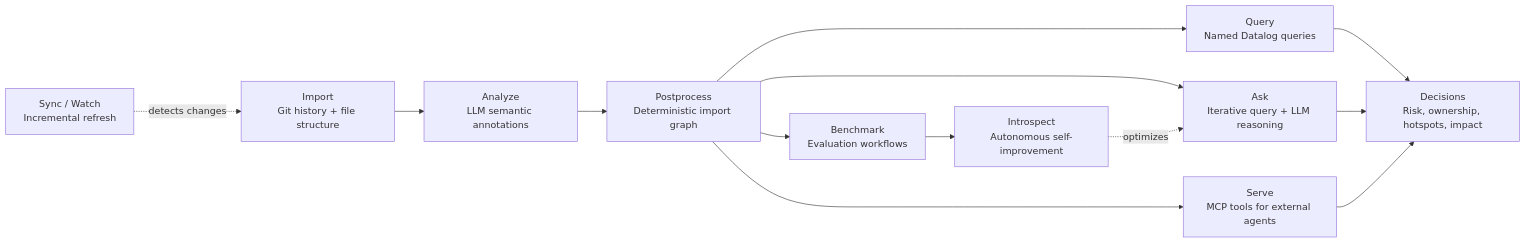
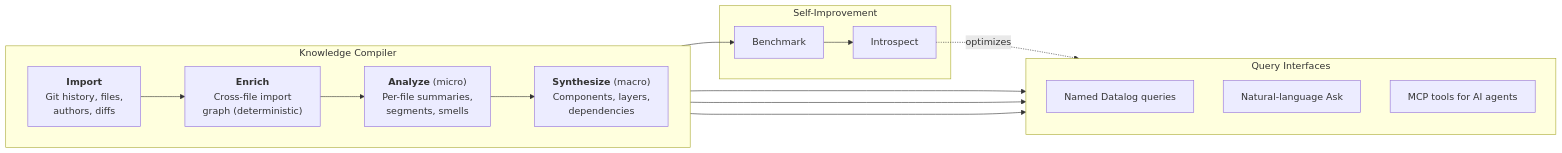
Before and after one commit to leifericf/noumenon: the first of 4 diagrams in README.md, drawn with Mermaid. The commit also changed other lines of this file and 30 other files, not shown here.

````diff
--- a/README.md
+++ b/README.md
@@ -98,19 +112,27 @@
 ```mermaid
 flowchart LR
-  A[Import\nGit history + file structure] --> B[Analyze\nLLM semantic annotations]
-  B --> C[Postprocess\nDeterministic import graph]
+  subgraph compile["Knowledge Compiler"]
+    direction LR
+    A["<b>Import</b><br/>Git history, files,<br/>authors, diffs"] --> B["<b>Enrich</b><br/>Cross-file import<br/>graph (deterministic)"]
+    B --> C["<b>Analyze</b> (micro)<br/>Per-file summaries,<br/>segments, smells"]
+    C --> D["<b>Synthesize</b> (macro)<br/>Components, layers,<br/>dependencies"]
+  end
 
-  S[Sync / Watch\nIncremental refresh] -.->|detects changes| A
+  subgraph use["Query Interfaces"]
+    direction TB
+    E["Named Datalog queries"]
+    F["Natural-language Ask"]
+    G["MCP tools for AI agents"]
+  end
 
-  C --> D[Query\nNamed Datalog queries]
-  C --> E[Ask\nIterative query + LLM reasoning]
-  C --> F[Serve\nMCP tools for external agents]
+  D --> E
+  D --> F
+  D --> G
 
-  D --> G[Decisions\nRisk, ownership, hotspots, impact]
-  E --> G
-  F --> G
+  subgraph improve["Self-Improvement"]
+    H["Benchmark"] --> I["Introspect"]
+  end
 
-  C --> H[Benchmark\nEvaluation workflows]
-  H --> I[Introspect\nAutonomous self-improvement]
-  I -.->|optimizes| E
+  D --> H
+  I -.->|optimizes| F
 ```
````
